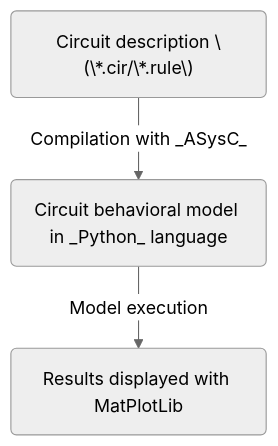
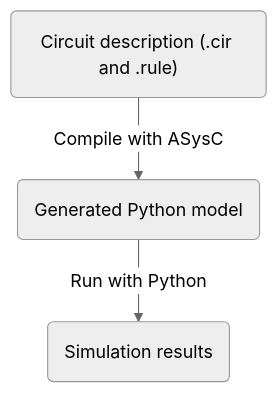
One commit to analog-system-compiler/asysc changed the fifth of 5 diagrams in doc/asysc.adoc. Above: the diagram before and after it, drawn with Mermaid. The commit also changed other lines of this file and 4 other files, not shown here.

```diff
--- a/doc/asysc.adoc
+++ b/doc/asysc.adoc
@@ -307,13 +352,13 @@
 [mermaid,format=png, align="center"]
 ----
 ---
 config:
   theme: neutral
   look: classic
 ---
 flowchart TD
-A("Circuit description \(\*.cir/\*.rule\)")
-B("Circuit behavioral model in _Python_ language")
-C("Results displayed with MatPlotLib")
-A -- Compilation with _ASysC_ -->B --Model execution--> C
+A("Circuit description (.cir and .rule)")
+B("Generated Python model")
+C("Simulation results")
+A -- "Compile with ASysC" --> B -- "Run with Python" --> C
 ----
```
